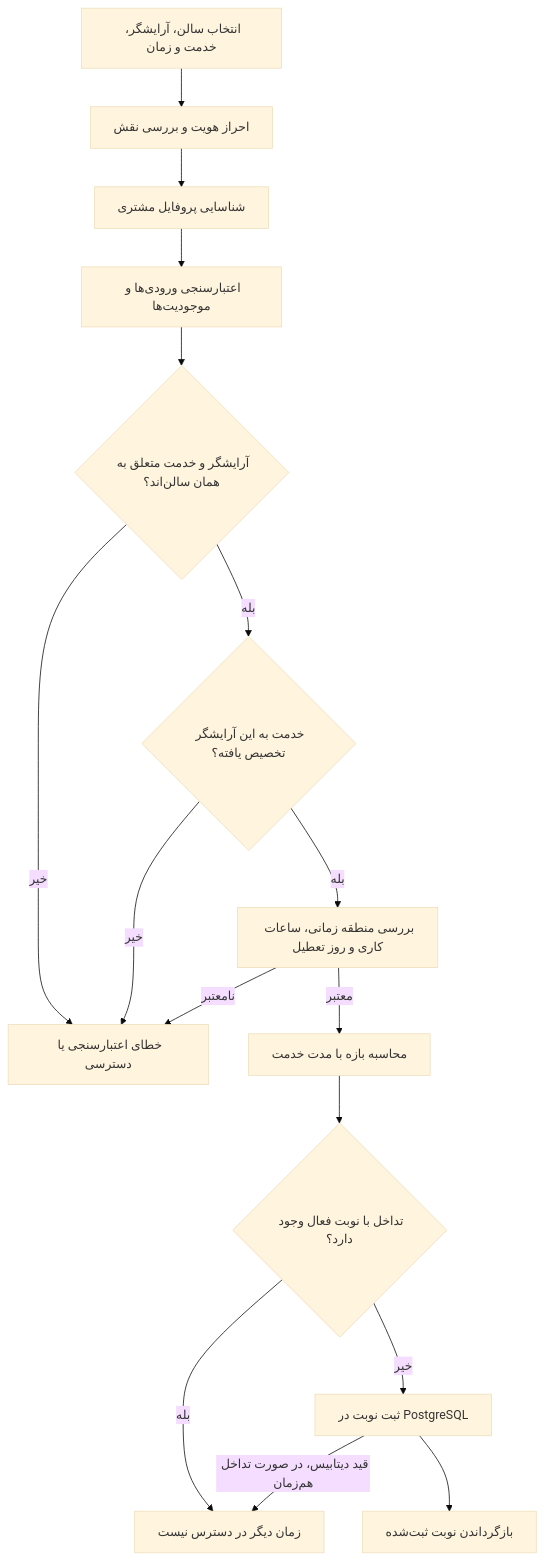
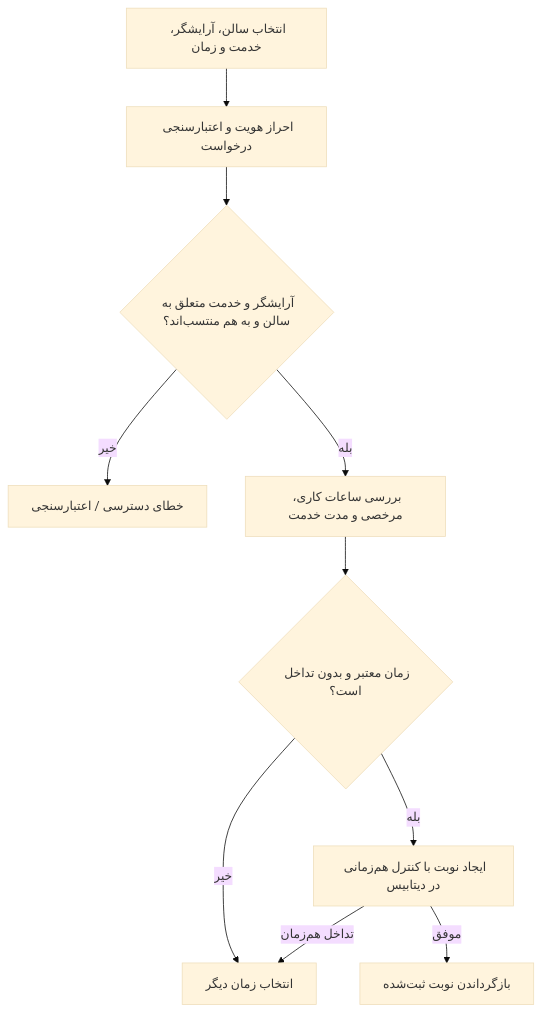
Before and after one commit to alimh17/barber-shop: the third of 8 diagrams in docs/system-flow.md, drawn with Mermaid (base theme). The commit also changed other lines of this file and 134 other files, not shown here.

````diff
--- a/docs/system-flow.md
+++ b/docs/system-flow.md
@@ -65,28 +84,12 @@
 ```mermaid
 flowchart TD
-    START["انتخاب سالن، آرایشگر، خدمت و زمان"]
-    AUTH["احراز هویت و بررسی نقش"]
-    CUSTOMER["شناسایی پروفایل مشتری"]
-    INPUT["اعتبارسنجی ورودی‌ها و موجودیت‌ها"]
-    SAME{"آرایشگر و خدمت متعلق به همان سالن‌اند؟"}
-    ASSIGNED{"خدمت به این آرایشگر تخصیص یافته؟"}
-    HOURS["بررسی منطقه زمانی، ساعات کاری و روز تعطیل"]
-    DURATION["محاسبه بازه با مدت خدمت"]
-    OVERLAP{"تداخل با نوبت فعال وجود دارد؟"}
-    CREATE["ثبت نوبت در PostgreSQL"]
-    SUCCESS["بازگرداندن نوبت ثبت‌شده"]
-    INVALID["خطای اعتبارسنجی یا دسترسی"]
-    CONFLICT["زمان دیگر در دسترس نیست"]
-
-    START --> AUTH --> CUSTOMER --> INPUT --> SAME
-    SAME -->|خیر| INVALID
-    SAME -->|بله| ASSIGNED
-    ASSIGNED -->|خیر| INVALID
-    ASSIGNED -->|بله| HOURS
-    HOURS -->|نامعتبر| INVALID
-    HOURS -->|معتبر| DURATION --> OVERLAP
-    OVERLAP -->|بله| CONFLICT
-    OVERLAP -->|خیر| CREATE
-    CREATE -->|قید دیتابیس، در صورت تداخل هم‌زمان| CONFLICT
-    CREATE --> SUCCESS
+    A["انتخاب سالن، آرایشگر، خدمت و زمان"] --> B["احراز هویت و اعتبارسنجی درخواست"]
+    B --> C{"آرایشگر و خدمت متعلق به سالن و به هم منتسب‌اند؟"}
+    C -->|خیر| E["خطای دسترسی / اعتبارسنجی"]
+    C -->|بله| D["بررسی ساعات کاری، مرخصی و مدت خدمت"]
+    D --> F{"زمان معتبر و بدون تداخل است؟"}
+    F -->|خیر| G["انتخاب زمان دیگر"]
+    F -->|بله| H["ایجاد نوبت با کنترل هم‌زمانی در دیتابیس"]
+    H -->|تداخل هم‌زمان| G
+    H -->|موفق| I["بازگرداندن نوبت ثبت‌شده"]
 ```
````
